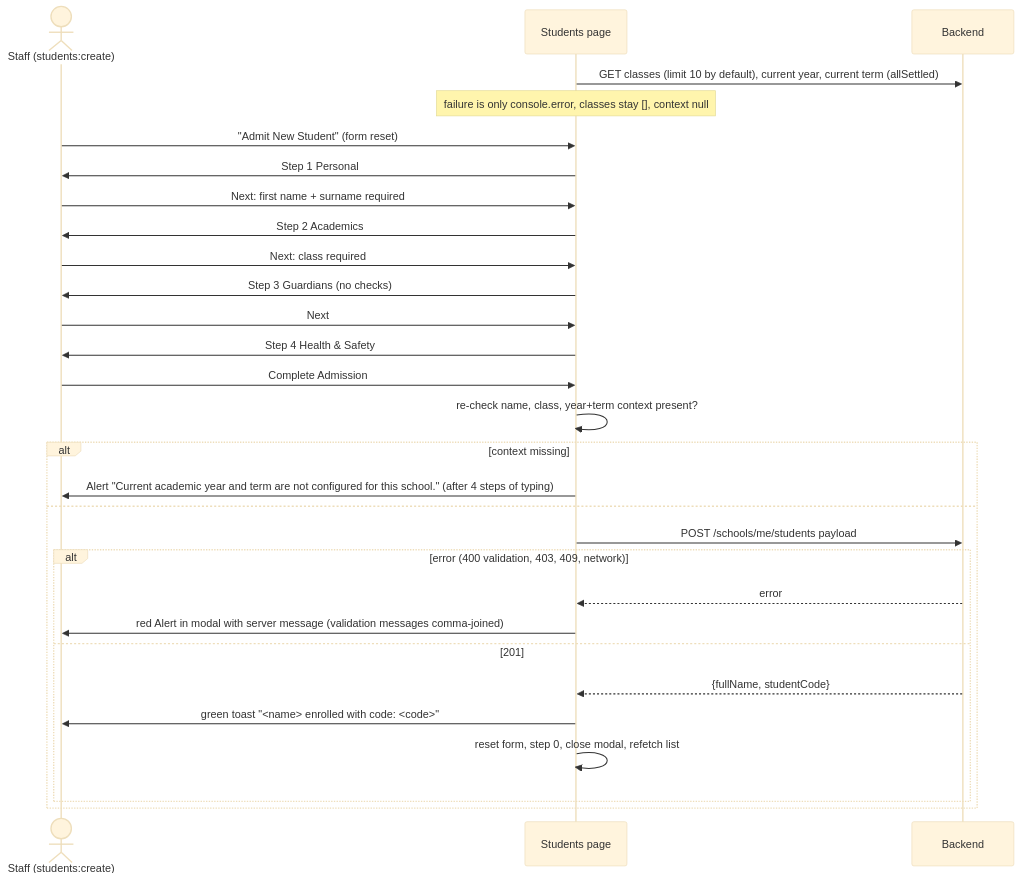
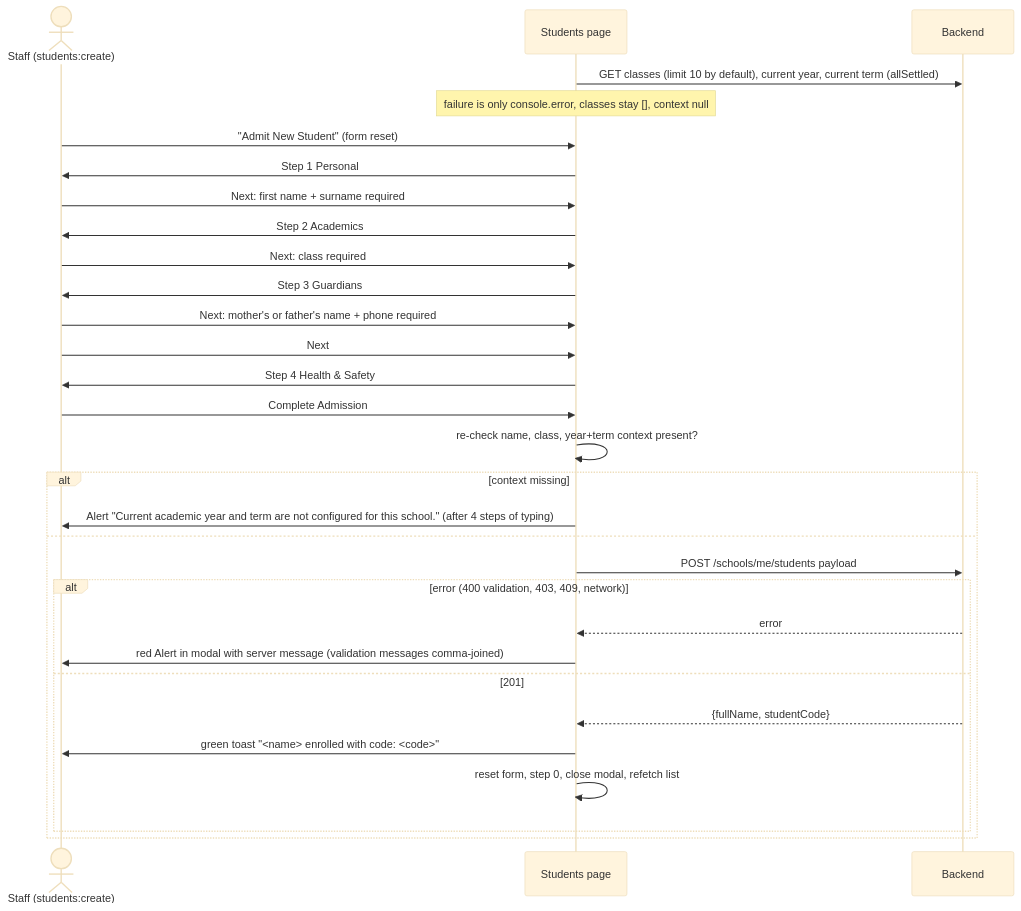
The diagram in docs/user-flows/student-admission.md (Fastrackgh/fastrack-home), drawn with Mermaid (base theme) before and after one commit. The commit also changed other lines of this file, not shown here.

Commit message:
docs(students): admission guardian rule and step navigation (QA-210)

````diff
--- a/docs/user-flows/student-admission.md
+++ b/docs/user-flows/student-admission.md
@@ -19,31 +19,32 @@
 ```mermaid
 sequenceDiagram
   actor S as Staff (students:create)
   participant P as Students page
   participant API as Backend
   P->>API: GET classes (limit 10 by default), current year, current term (allSettled)
   Note over P: failure is only console.error, classes stay [], context null
   S->>P: "Admit New Student" (form reset)
   P->>S: Step 1 Personal
   S->>P: Next: first name + surname required
   P->>S: Step 2 Academics
   S->>P: Next: class required
-  P->>S: Step 3 Guardians (no checks)
+  P->>S: Step 3 Guardians
+  S->>P: Next: mother's or father's name + phone required
   S->>P: Next
   P->>S: Step 4 Health & Safety
   S->>P: Complete Admission
   P->>P: re-check name, class, year+term context present?
   alt context missing
     P->>S: Alert "Current academic year and term are not configured for this school." (after 4 steps of typing)
   else
     P->>API: POST /schools/me/students payload
     alt error (400 validation, 403, 409, network)
       API-->>P: error
       P->>S: red Alert in modal with server message (validation messages comma-joined)
     else 201
       API-->>P: {fullName, studentCode}
       P->>S: green toast "<name> enrolled with code: <code>"
       P->>P: reset form, step 0, close modal, refetch list
     end
   end
 ```
````
